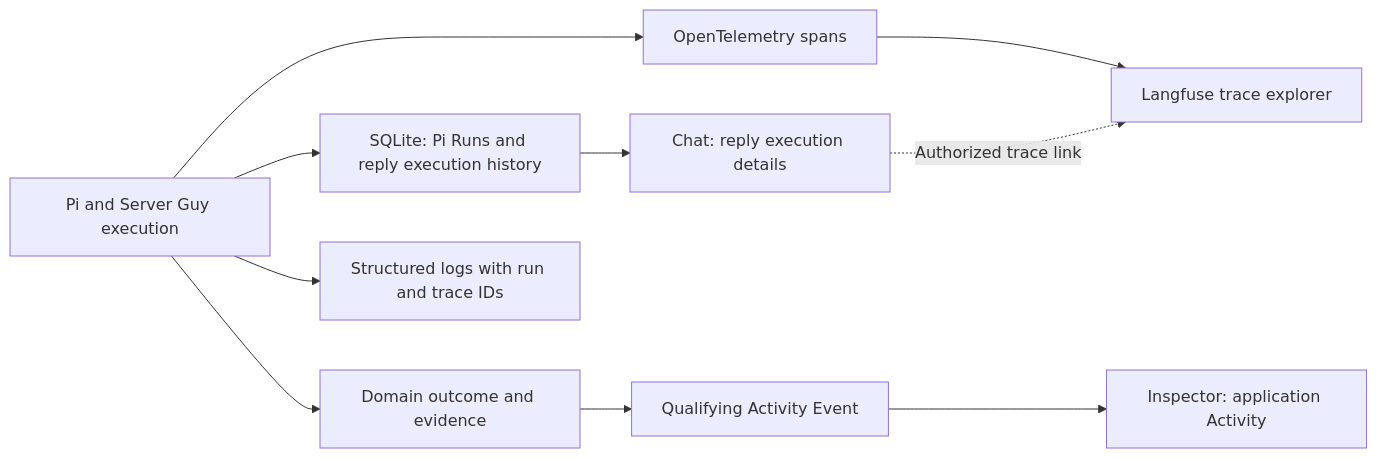
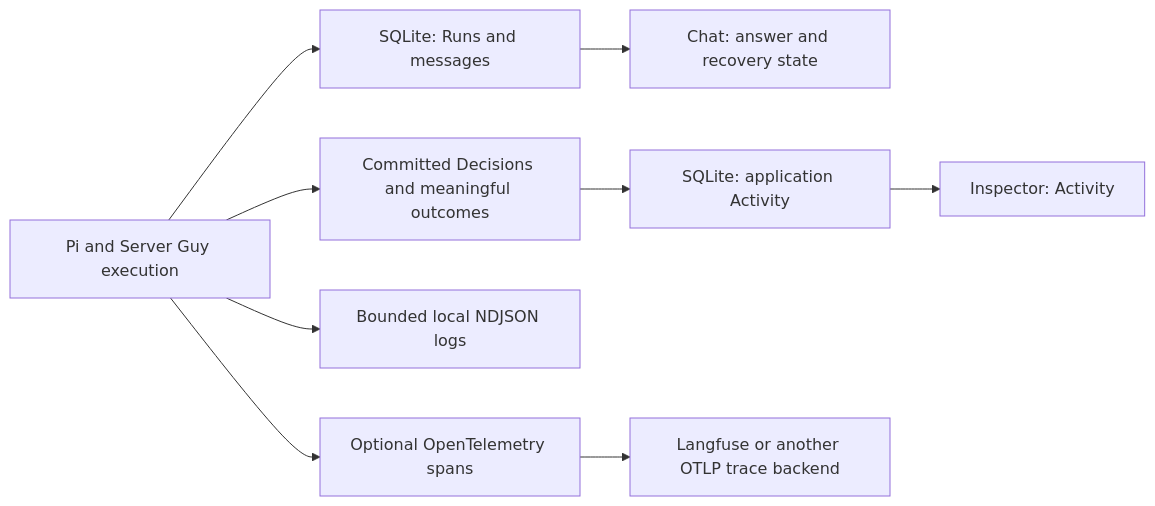
One commit to lustoykov/hallvi changed the diagram in docs/specs/action-history-and-tracing.md. Above: the diagram before and after it, drawn with Mermaid. The commit also changed other lines of this file and 41 other files, not shown here.

Commit message:
Keep reply diagnostics in bounded local logs

````diff
--- a/docs/specs/action-history-and-tracing.md
+++ b/docs/specs/action-history-and-tracing.md
@@ -105,12 +69,11 @@
 ```mermaid
 flowchart LR
-    E[Pi and Server Guy execution] --> D[SQLite: Pi Runs and reply execution history]
-    D --> C[Chat: reply execution details]
-    E --> O[Domain outcome and evidence]
-    O --> A[Qualifying Activity Event]
-    A --> U[Inspector: application Activity]
-    E --> T[OpenTelemetry spans]
-    T --> L[Langfuse trace explorer]
-    E --> G[Structured logs with run and trace IDs]
-    C -. Authorized trace link .-> L
+    E[Pi and Server Guy execution] --> D[SQLite: Runs and messages]
+    D --> C[Chat: answer and recovery state]
+    E --> O[Committed Decisions and meaningful outcomes]
+    O --> A[SQLite: application Activity]
+    A --> U[Inspector: Activity]
+    E --> G[Bounded local NDJSON logs]
+    E --> T[Optional OpenTelemetry spans]
+    T --> L[Langfuse or another OTLP trace backend]
 ```
````
